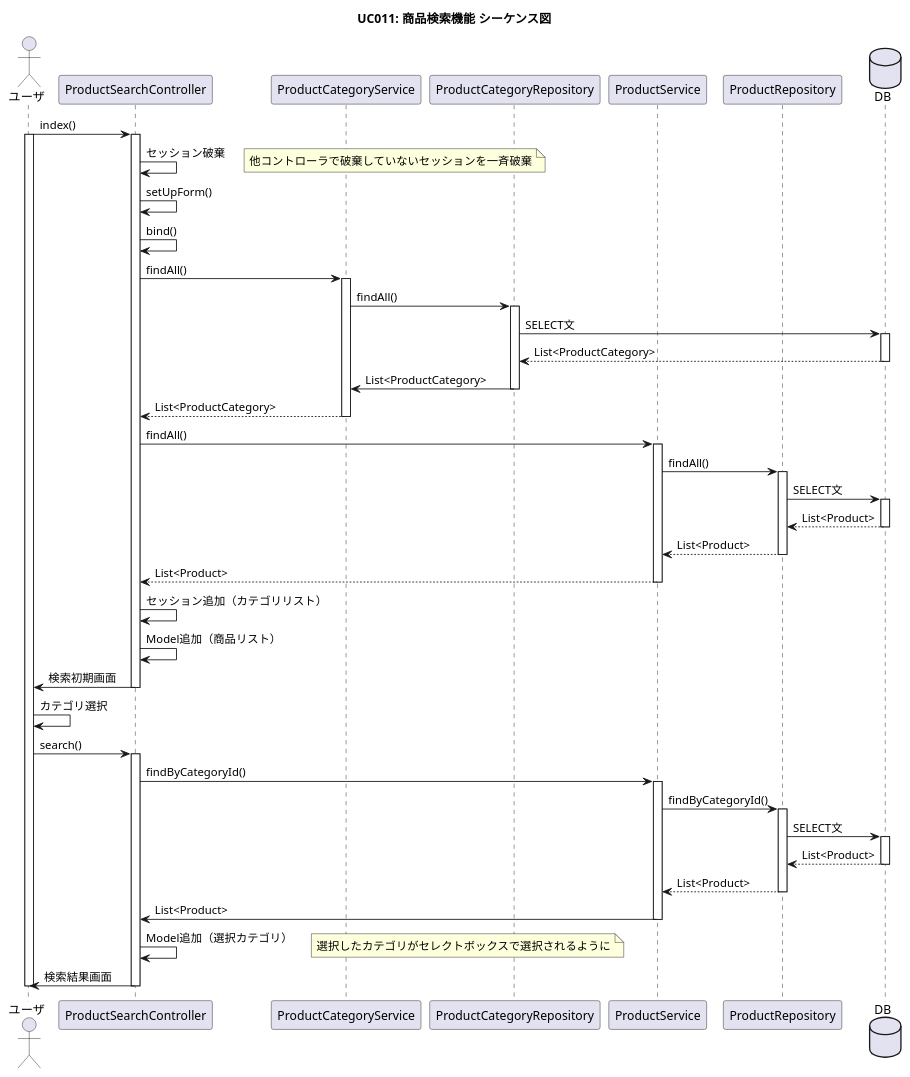
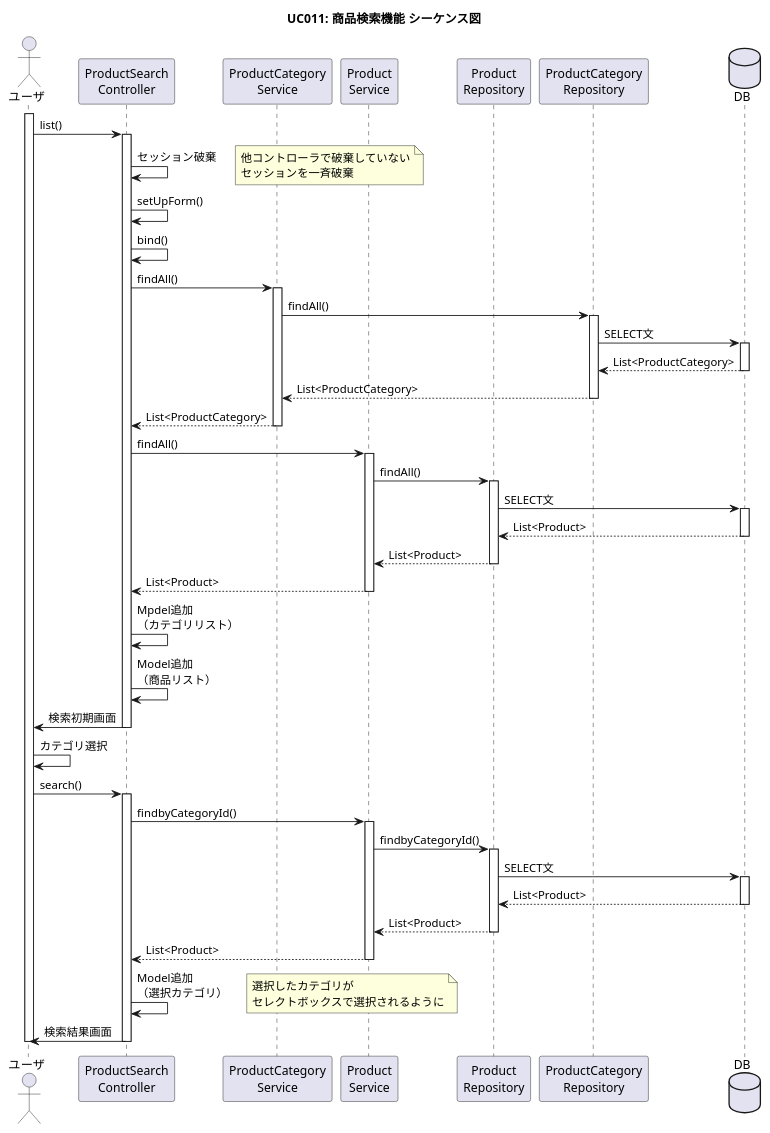
Before and after one commit to imagepit/fullness-ec: the diagram in plan/diagram/sequence/uc011_product_search.puml, drawn with PlantUML. The commit also changed 89 other files, not shown here.

```diff
--- a/plan/diagram/sequence/uc011_product_search.puml
+++ b/plan/diagram/sequence/uc011_product_search.puml
@@ -1,102 +1,51 @@
 @startuml
 
 title UC011: 商品検索機能 シーケンス図
 skinparam shadowing false
-'hide footbox
 
-actor ユーザ
+actor ユーザ as user
+activate user
+participant "ProductSearch\nController" as controller
+participant "ProductCategory\nService" as svc1
+participant "Product\nService" as svc2
+participant "Product\nRepository" as repo1
+participant "ProductCategory\nRepository" as repo2
+database "DB" as db
 
+' 検索初期画面
+user -> controller ++ : list()
+controller -> controller : セッション破棄
+note right: 他コントローラで破棄していない\nセッションを一斉破棄
+controller -> controller : setUpForm()
+controller -> controller : bind()
+controller -> svc1 ++ : findAll()
+svc1 -> repo2 ++ : findAll()
+repo2 -> db ++ : SELECT文
+db --> repo2 -- : List<ProductCategory>
+repo2 --> svc1 -- : List<ProductCategory>
+svc1 --> controller -- : List<ProductCategory>
+controller -> svc2 ++ : findAll()
+svc2 -> repo1 ++ : findAll()
+repo1 -> db ++ : SELECT文
+db --> repo1 -- : List<Product>
+repo1 --> svc2 -- : List<Product>
+svc2 --> controller -- : List<Product>
+controller -> controller : Mpdel追加\n（カテゴリリスト）
+controller -> controller : Model追加\n（商品リスト）
+controller -> user -- : 検索初期画面
 
+' 検索結果画面
+user -> user : カテゴリ選択
+user -> controller ++ : search()
+controller -> svc2 ++ : findbyCategoryId()
+svc2 -> repo1 ++ : findbyCategoryId()
+repo1 -> db ++ : SELECT文
+db --> repo1 -- : List<Product>
+repo1 --> svc2 -- : List<Product>
+svc2 --> controller -- : List<Product>
+controller -> controller : Model追加\n（選択カテゴリ）
+note right: 選択したカテゴリが\nセレクトボックスで選択されるように
+controller -> user -- : 検索結果画面
 
-ユーザ -> ProductSearchController : index()
-activate ユーザ
-activate ProductSearchController
-
-ProductSearchController -> ProductSearchController : セッション破棄
-note right: 他コントローラで破棄していないセッションを一斉破棄
-
-ProductSearchController -> ProductSearchController : setUpForm()
-
-ProductSearchController -> ProductSearchController : bind()
-
-ProductSearchController -> ProductCategoryService : findAll()
-activate ProductCategoryService
-
-ProductCategoryService -> ProductCategoryRepository : findAll()
-activate ProductCategoryRepository
-
-participant ProductService
-
-participant ProductRepository
-
-database DB
-
-ProductCategoryRepository -> DB : SELECT文
-activate DB
-
-DB --> ProductCategoryRepository : List<ProductCategory>
-deactivate DB
-
-ProductCategoryRepository -> ProductCategoryService : List<ProductCategory>
-deactivate ProductCategoryRepository
-
-ProductCategoryService --> ProductSearchController : List<ProductCategory>
-deactivate ProductCategoryService
-
-ProductSearchController -> ProductService : findAll()
-activate ProductService
-
-ProductService -> ProductRepository : findAll()
-activate ProductRepository
-
-ProductRepository -> DB : SELECT文
-activate DB
-
-DB --> ProductRepository : List<Product>
-deactivate DB
-
-ProductRepository --> ProductService : List<Product>
-deactivate ProductRepository
-
-ProductService --> ProductSearchController : List<Product>
-deactivate ProductService
-
-ProductSearchController -> ProductSearchController : セッション追加（カテゴリリスト）
-
-ProductSearchController -> ProductSearchController : Model追加（商品リスト）
-
-ProductSearchController -> ユーザ : 検索初期画面
-deactivate ProductSearchController
-
-ユーザ -> ユーザ : カテゴリ選択
-
-ユーザ -> ProductSearchController : search()
-activate ProductSearchController
-
-ProductSearchController -> ProductService : findByCategoryId()
-activate ProductService
-
-ProductService -> ProductRepository : findByCategoryId()
-activate ProductRepository
-
-ProductRepository -> DB : SELECT文
-activate DB
-
-DB --> ProductRepository : List<Product>
-deactivate DB
-
-ProductRepository --> ProductService : List<Product>
-deactivate ProductRepository
-
-ProductService -> ProductSearchController : List<Product>
-deactivate ProductService
-
-ProductSearchController -> ProductSearchController : Model追加（選択カテゴリ）
-note right: 選択したカテゴリがセレクトボックスで選択されるように
-
-ProductSearchController -> ユーザ : 検索結果画面
-deactivate ProductSearchController
-
-deactivate ユーザ
-
+deactivate user
 @enduml
```
